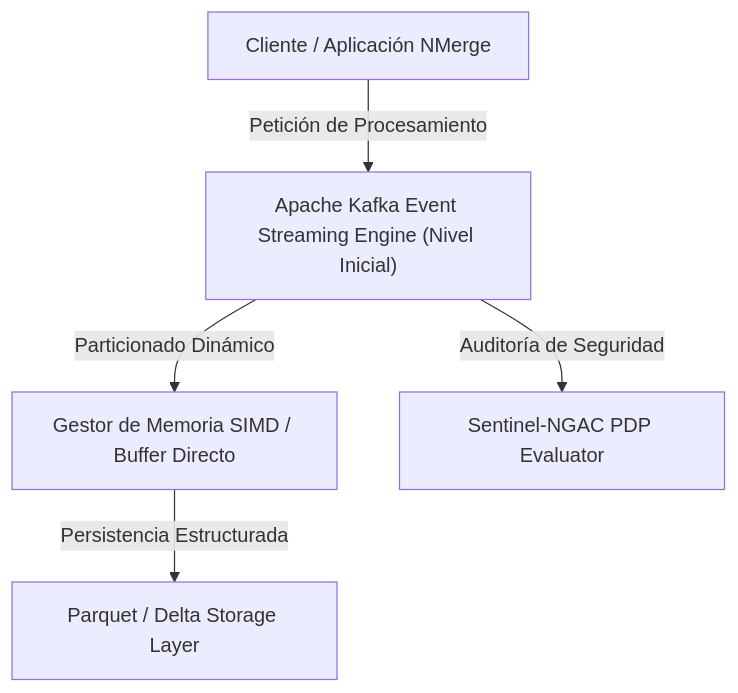
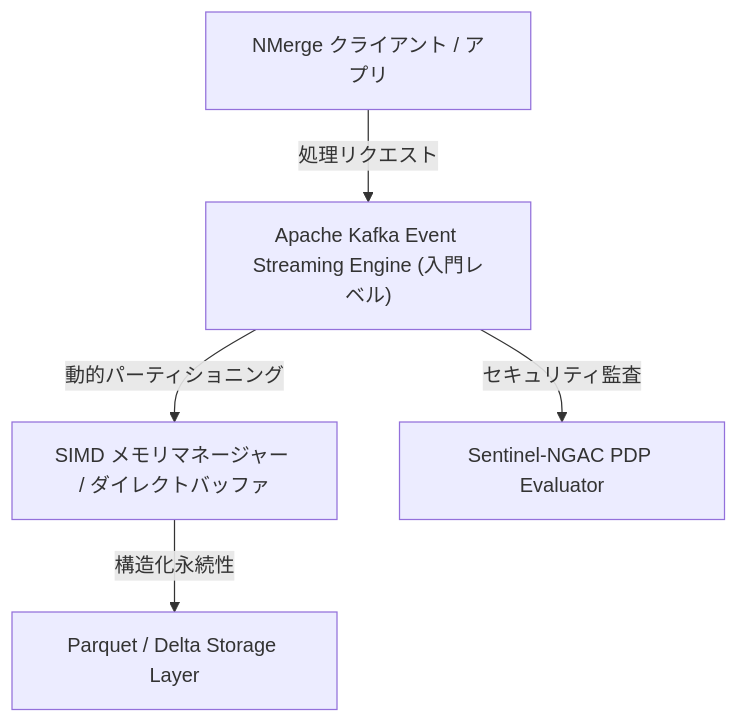
The diagram in public/docs/ja/datascience_kafka.md (gjpierp/nmergeia), drawn with Mermaid before and after one commit. The commit also changed other lines of this file and 182 other files, not shown here.

Commit message:
fix(i18n): sincronizar claves de menú i18n para los 7 idiomas, traducir diagramas Mermaid y agregar fallback a español contra 404 de Vite

````diff
--- a/public/docs/ja/datascience_kafka.md
+++ b/public/docs/ja/datascience_kafka.md
@@ -16,7 +16,7 @@
 ```mermaid
 flowchart TD
-    A["Cliente / Aplicación NMerge"] -->|Petición de Procesamiento| B["Apache Kafka Event Streaming Engine (Nivel Inicial)"]
-    B -->|Particionado Dinámico| C["Gestor de Memoria SIMD / Buffer Directo"]
-    C -->|Persistencia Estructurada| D["Parquet / Delta Storage Layer"]
-    B -->|Auditoría de Seguridad| E["Sentinel-NGAC PDP Evaluator"]
+    A["NMerge クライアント / アプリ"] -->|処理リクエスト| B["Apache Kafka Event Streaming Engine (入門レベル)"]
+    B -->|動的パーティショニング| C["SIMD メモリマネージャー / ダイレクトバッファ"]
+    C -->|構造化永続性| D["Parquet / Delta Storage Layer"]
+    B -->|セキュリティ監査| E["Sentinel-NGAC PDP Evaluator"]
 ```
````
